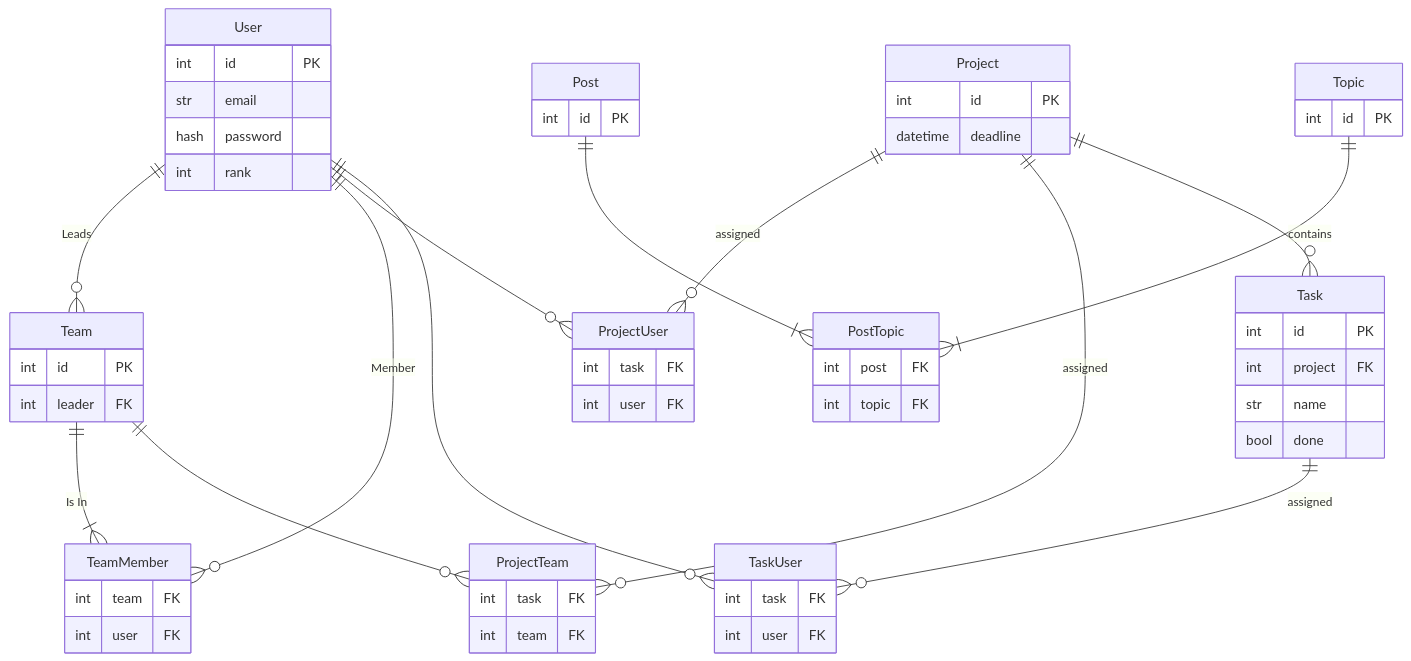
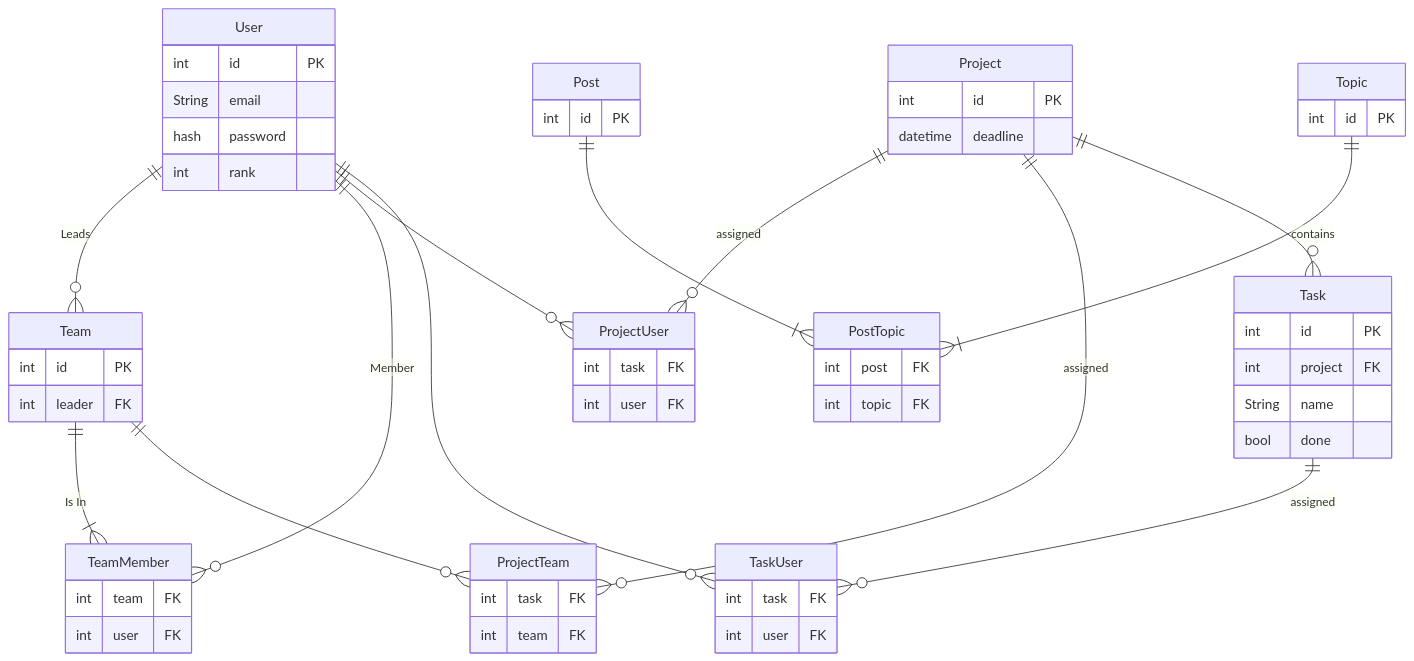
One commit to TWoolhouse/lboroCW-Trelno changed the second of 2 diagrams in design/data_design.md. Above: the diagram before and after it, drawn with Mermaid. The commit also changed other lines of this file, not shown here.

````diff
--- a/design/data_design.md
+++ b/design/data_design.md
@@ -95,68 +102,68 @@
 ```mermaid
 erDiagram
 
 User {
-    int id PK
-    str email
-    hash password
-    int rank
+	int id PK
+	String email
+	hash password
+	int rank
 }
 
 User ||--o{ Team : Leads
 Team {
-    int id PK
-    int leader FK
+	int id PK
+	int leader FK
 }
 Team ||--|{ TeamMember : "Is In"
 User ||--o{ TeamMember : Member
 TeamMember {
-    int team FK
-    int user FK
+	int team FK
+	int user FK
 }
 
 Project{
-    int id PK
-    datetime deadline
+	int id PK
+	datetime deadline
 }
 Project ||--o{ ProjectUser : assigned
 User ||--o{ ProjectUser : ""
 ProjectUser {
-    int task FK
-    int user FK
+	int task FK
+	int user FK
 }
 Project ||--o{ ProjectTeam : assigned
 Team ||--o{ ProjectTeam : ""
 ProjectTeam {
-    int task FK
-    int team FK
+	int task FK
+	int team FK
 }
 
 Project ||--o{ Task : contains
 Task {
-    int id PK
-    int project FK
-    str name
-    bool done
+	int id PK
+	int project FK
+	String name
+	bool done
 }
 Task ||--o{ TaskUser : assigned
 User ||--o{ TaskUser : ""
 TaskUser {
-    int task FK
-    int user FK
+	int task FK
+	int user FK
 }
 
 Topic {
-    int id PK
+	int id PK
 }
 
 Post {
-    int id PK
+	int id PK
 }
 
 Post ||--|{ PostTopic : ""
 Topic ||--|{ PostTopic : ""
 PostTopic {
-    int post FK
-    int topic FK
+	int post FK
+	int topic FK
 }
 ```
````
